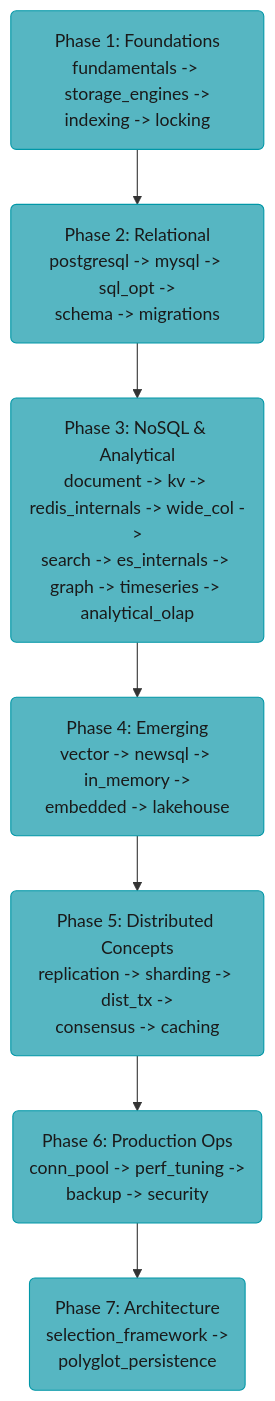
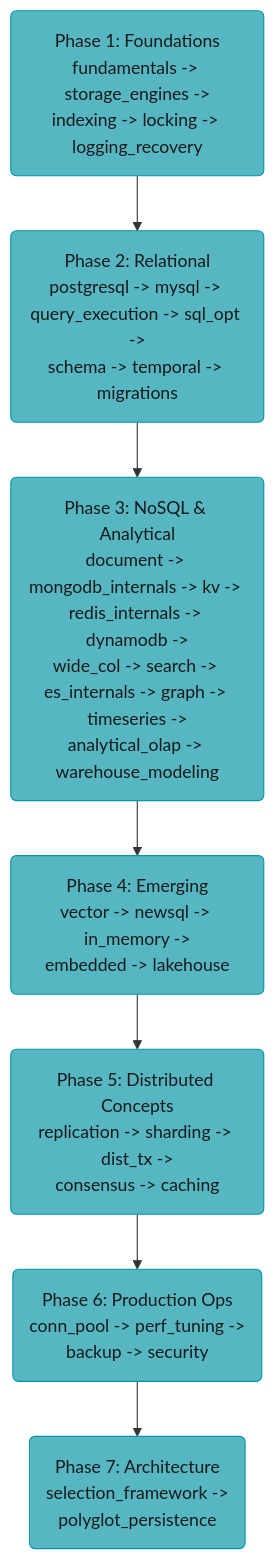
Before and after one commit to rppol/system-design: the diagram in src/main/java/com/rutik/systemdesign/database/README.md, drawn with Mermaid. The commit also changed other lines of this file and 39 other files, not shown here.

````diff
--- a/src/main/java/com/rutik/systemdesign/database/README.md
+++ b/src/main/java/com/rutik/systemdesign/database/README.md
@@ -110,22 +119,22 @@
 ```mermaid
 flowchart TD
     classDef io      fill:#61afef,stroke:#2e86c1,color:#1a1a1a,font-weight:bold
     classDef frozen  fill:#c678dd,stroke:#9b59b6,color:#fff
     classDef train   fill:#98c379,stroke:#27ae60,color:#1a1a1a
     classDef mathOp  fill:#d19a66,stroke:#e67e22,color:#1a1a1a,font-weight:bold
     classDef lossN   fill:#e06c75,stroke:#c0392b,color:#fff,font-weight:bold
     classDef req     fill:#56b6c2,stroke:#0097a7,color:#1a1a1a
     classDef base    fill:#e5c07b,stroke:#f39c12,color:#1a1a1a
 
-    p1("Phase 1: Foundations<br/>fundamentals -&gt; storage_engines -&gt;<br/>indexing -&gt; locking")
-    p2("Phase 2: Relational<br/>postgresql -&gt; mysql -&gt; sql_opt -&gt;<br/>schema -&gt; migrations")
-    p3("Phase 3: NoSQL &amp; Analytical<br/>document -&gt; kv -&gt; redis_internals -&gt; wide_col -&gt;<br/>search -&gt; es_internals -&gt; graph -&gt; timeseries -&gt; analytical_olap")
+    p1("Phase 1: Foundations<br/>fundamentals -&gt; storage_engines -&gt;<br/>indexing -&gt; locking -&gt; logging_recovery")
+    p2("Phase 2: Relational<br/>postgresql -&gt; mysql -&gt; query_execution -&gt; sql_opt -&gt;<br/>schema -&gt; temporal -&gt; migrations")
+    p3("Phase 3: NoSQL &amp; Analytical<br/>document -&gt; mongodb_internals -&gt; kv -&gt; redis_internals -&gt; dynamodb -&gt;<br/>wide_col -&gt; search -&gt; es_internals -&gt; graph -&gt; timeseries -&gt;<br/>analytical_olap -&gt; warehouse_modeling")
     p4("Phase 4: Emerging<br/>vector -&gt; newsql -&gt; in_memory -&gt;<br/>embedded -&gt; lakehouse")
     p5("Phase 5: Distributed Concepts<br/>replication -&gt; sharding -&gt; dist_tx -&gt;<br/>consensus -&gt; caching")
     p6("Phase 6: Production Ops<br/>conn_pool -&gt; perf_tuning -&gt;<br/>backup -&gt; security")
     p7("Phase 7: Architecture<br/>selection_framework -&gt;<br/>polyglot_persistence")
 
     p1 --> p2 --> p3 --> p4 --> p5 --> p6 --> p7
 
     class p1,p2,p3,p4,p5,p6,p7 req
 ```
````
